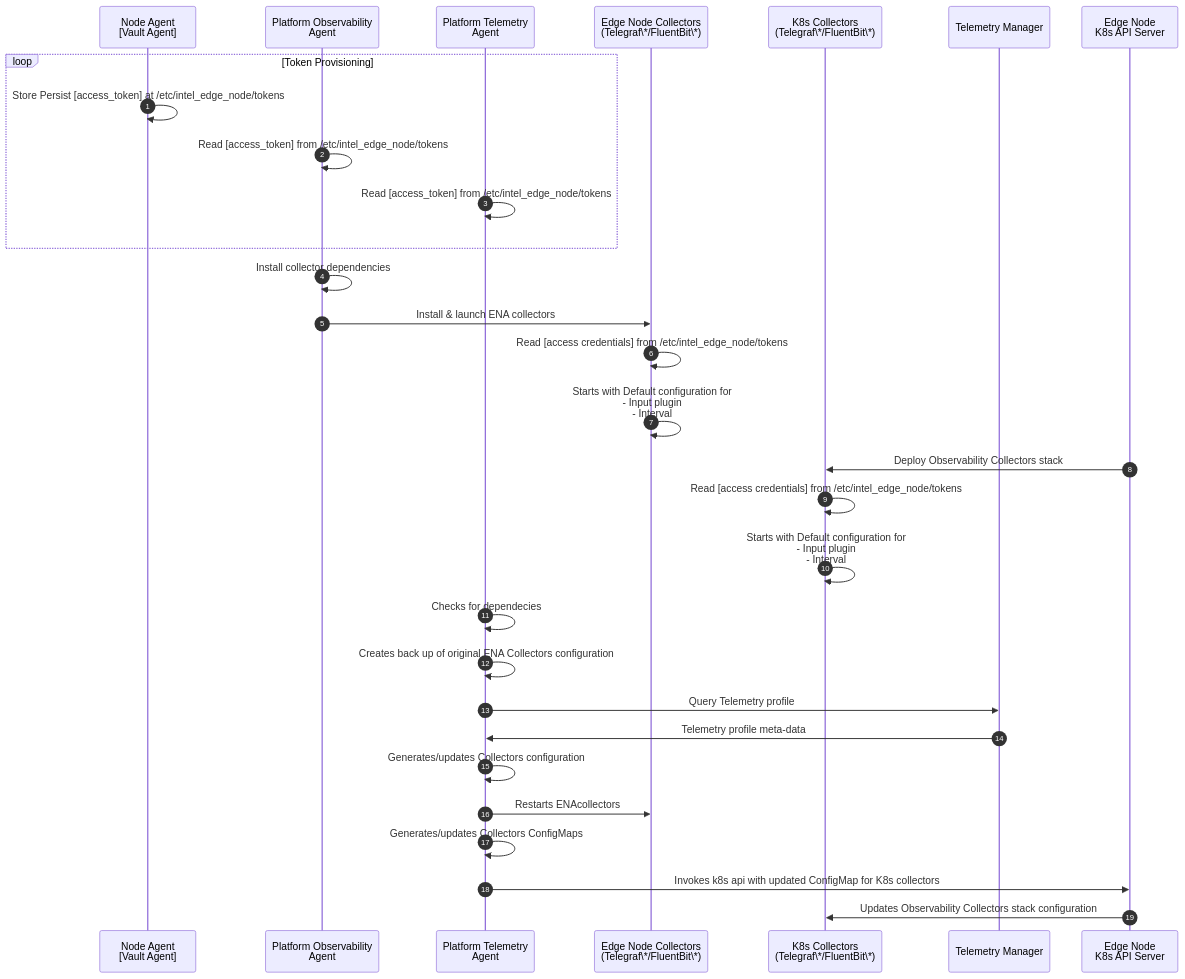
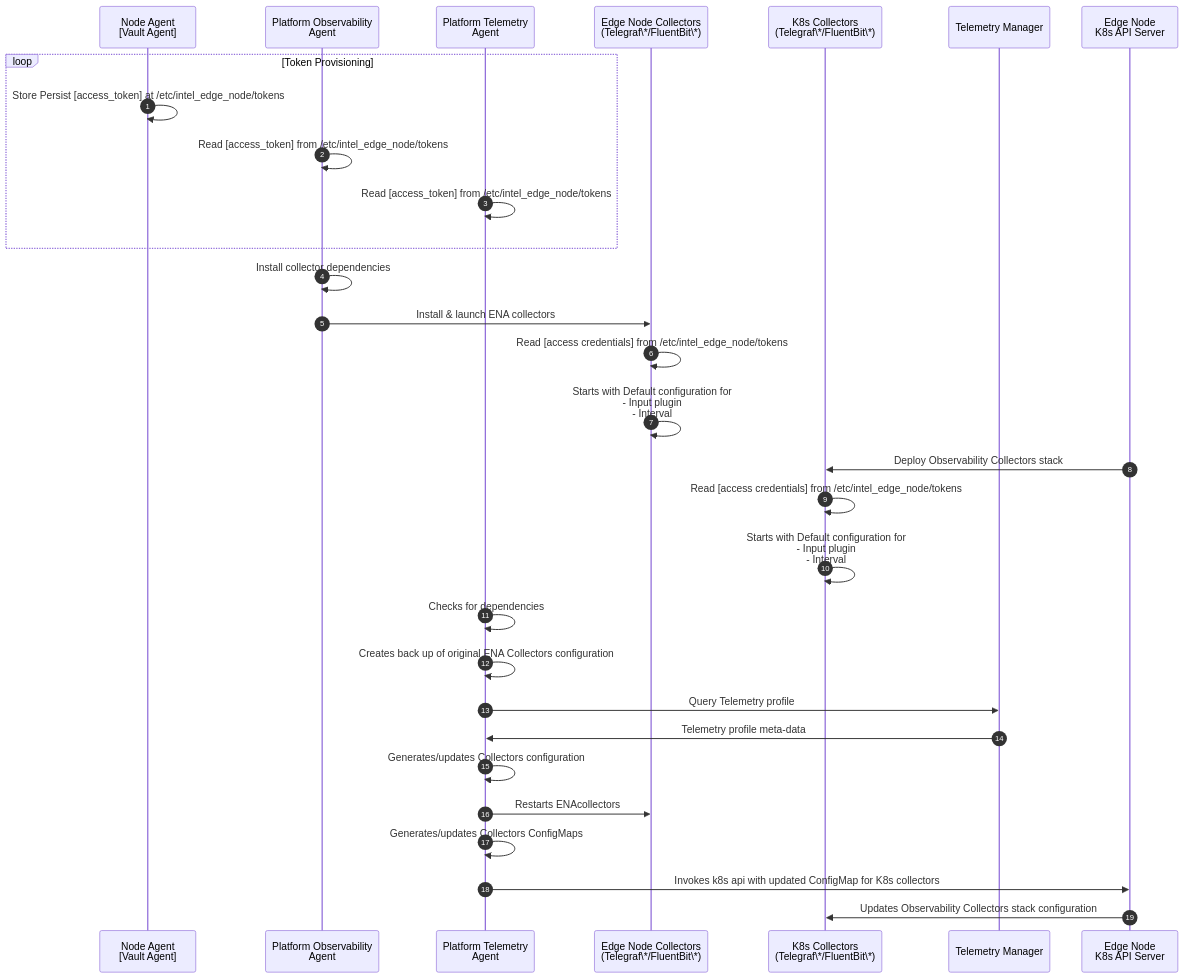
Before and after one commit to open-edge-platform/edge-manage-docs: the first of 2 diagrams in docs/developer_guide/agents/arch/platform_telemetry.rst, drawn with Mermaid. The commit also changed 12 other files, not shown here.

```diff
--- a/docs/developer_guide/agents/arch/platform_telemetry.rst
+++ b/docs/developer_guide/agents/arch/platform_telemetry.rst
@@ -85,38 +85,38 @@
    .. mermaid::
 
       sequenceDiagram
          autonumber 1
 
          participant NA as Node Agent<br> [Vault Agent]
          participant POA as Platform Observability <br>Agent
          participant PTA as Platform Telemetry <br>Agent
          participant ENA-C as Edge Node Collectors <br>(Telegraf\*/FluentBit\*)
          participant k8s-C as K8s Collectors <br>(Telegraf\*/FluentBit\*)
          participant TM as Telemetry Manager
          participant k8s-API as Edge Node <br>K8s API Server
 
          loop Token Provisioning
             NA ->> NA : Store Persist [access_token] at /etc/intel_edge_node/tokens
             POA->>POA : Read [access_token] from /etc/intel_edge_node/tokens
             PTA->>PTA : Read [access_token] from /etc/intel_edge_node/tokens
          end
 
          POA ->> POA : Install collector dependencies
          POA ->> ENA-C : Install & launch ENA collectors
          ENA-C->>ENA-C : Read [access credentials] from /etc/intel_edge_node/tokens
          ENA-C->>ENA-C : Starts with Default configuration for<br>- Input plugin <br>- Interval
 
          k8s-API ->> k8s-C : Deploy Observability Collectors stack
          k8s-C->>k8s-C : Read [access credentials] from /etc/intel_edge_node/tokens
          k8s-C->>k8s-C : Starts with Default configuration for<br>- Input plugin <br>- Interval
 
-         PTA->>PTA : Checks for dependecies
+         PTA->>PTA : Checks for dependencies
          PTA->>PTA : Creates back up of original ENA Collectors configuration
 
          PTA ->> TM : Query Telemetry profile
          TM ->> PTA : Telemetry profile meta-data
          PTA->>PTA : Generates/updates Collectors configuration
          PTA->>ENA-C : Restarts ENAcollectors
          PTA->>PTA : Generates/updates Collectors ConfigMaps
          PTA->>k8s-API : Invokes k8s api with updated ConfigMap for K8s collectors
          k8s-API ->> k8s-C : Updates Observability Collectors stack configuration
```
